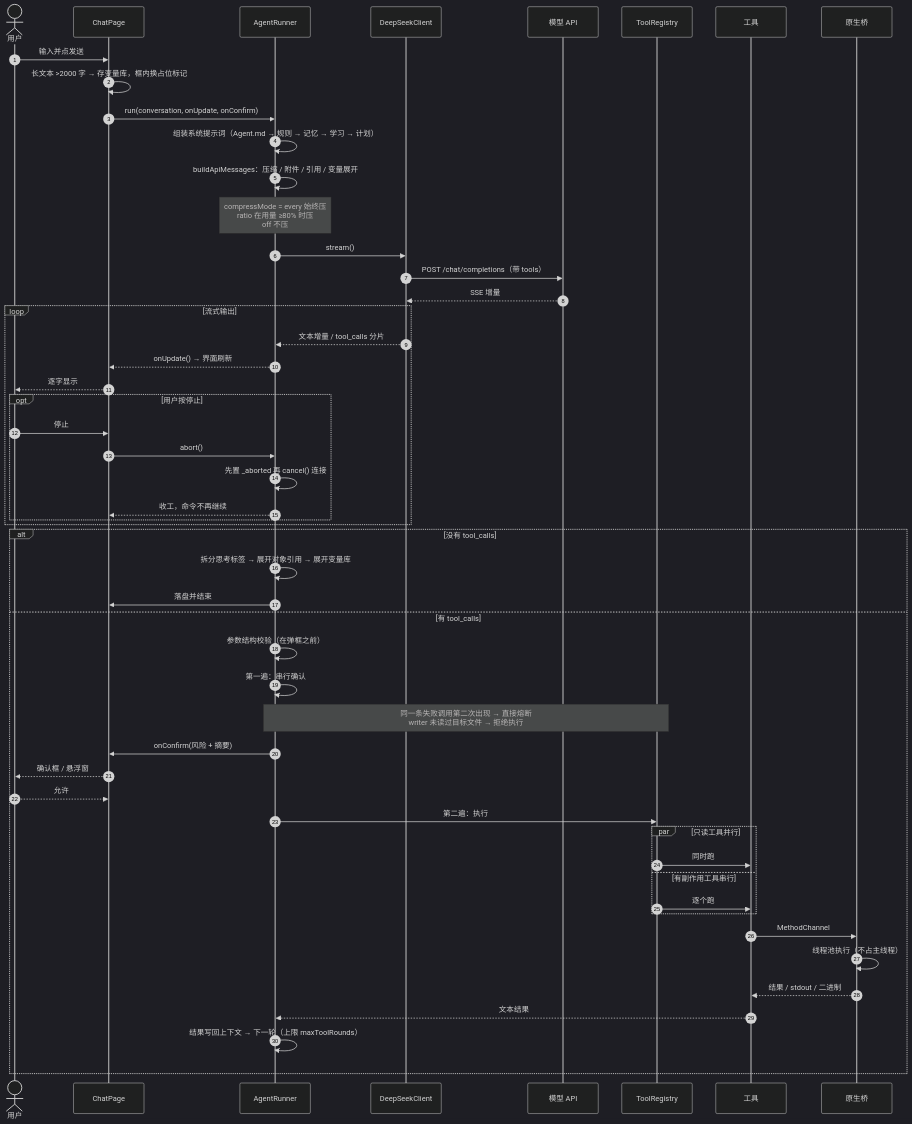
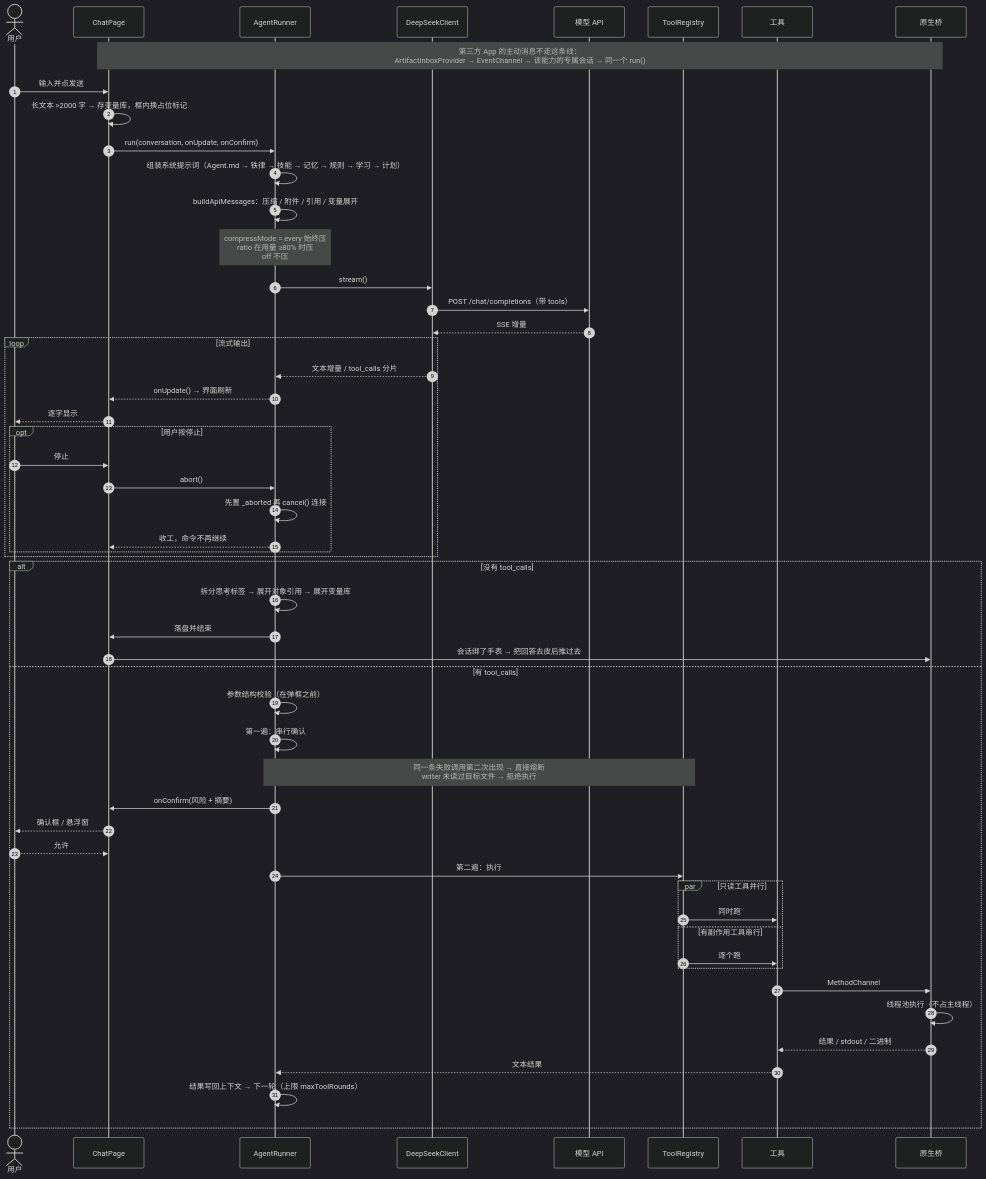
The second of 3 diagrams in docs/ARCHITECTURE.md (hwanloong/Tinkung), drawn with Mermaid (dark theme) before and after one commit. The commit also changed other lines of this file, not shown here.

First line of the commit message:
docs：重写架构图，对齐现在的原生桥与新增模块

````diff
--- a/docs/ARCHITECTURE.md
+++ b/docs/ARCHITECTURE.md
@@ -92,58 +112,61 @@
 ```mermaid
 sequenceDiagram
     autonumber
     actor U as 用户
     participant P as ChatPage
     participant R as AgentRunner
     participant M as DeepSeekClient
     participant API as 模型 API
     participant G as ToolRegistry
     participant T as 工具
     participant N as 原生桥
 
+    Note over P,N: 第三方 App 的主动消息不走这条线：<br/>ArtifactInboxProvider → EventChannel → 该能力的专属会话 → 同一个 run()
+
     U->>P: 输入并点发送
     P->>P: 长文本 >2000 字 → 存变量库，框内换占位标记
     P->>R: run(conversation, onUpdate, onConfirm)
 
-    R->>R: 组装系统提示词（Agent.md → 规则 → 记忆 → 学习 → 计划）
+    R->>R: 组装系统提示词（Agent.md → 铁律 → 技能 → 记忆 → 规则 → 学习 → 计划）
     R->>R: buildApiMessages：压缩 / 附件 / 引用 / 变量展开
     Note over R: compressMode = every 始终压<br/>ratio 在用量 ≥80% 时压<br/>off 不压
     R->>M: stream()
     M->>API: POST /chat/completions（带 tools）
     API-->>M: SSE 增量
 
     loop 流式输出
         M-->>R: 文本增量 / tool_calls 分片
         R-->>P: onUpdate() → 界面刷新
         P-->>U: 逐字显示
         opt 用户按停止
             U->>P: 停止
             P->>R: abort()
             R->>R: 先置 _aborted 再 cancel() 连接
             R-->>P: 收工，命令不再继续
         end
     end
 
     alt 没有 tool_calls
         R->>R: 拆分思考标签 → 展开对象引用 → 展开变量库
         R->>P: 落盘并结束
+        P->>N: 会话绑了手表 → 把回答去皮后推过去
     else 有 tool_calls
         R->>R: 参数结构校验（在弹框之前）
         R->>R: 第一遍：串行确认
         Note over R,G: 同一条失败调用第二次出现 → 直接熔断<br/>writer 未读过目标文件 → 拒绝执行
         R->>P: onConfirm(风险 + 摘要)
         P-->>U: 确认框 / 悬浮窗
         U-->>P: 允许
         R->>G: 第二遍：执行
         par 只读工具并行
             G->>T: 同时跑
         and 有副作用工具串行
             G->>T: 逐个跑
         end
         T->>N: MethodChannel
         N->>N: 线程池执行（不占主线程）
         N-->>T: 结果 / stdout / 二进制
         T-->>R: 文本结果
         R->>R: 结果写回上下文 → 下一轮（上限 maxToolRounds）
     end
 ```
````
